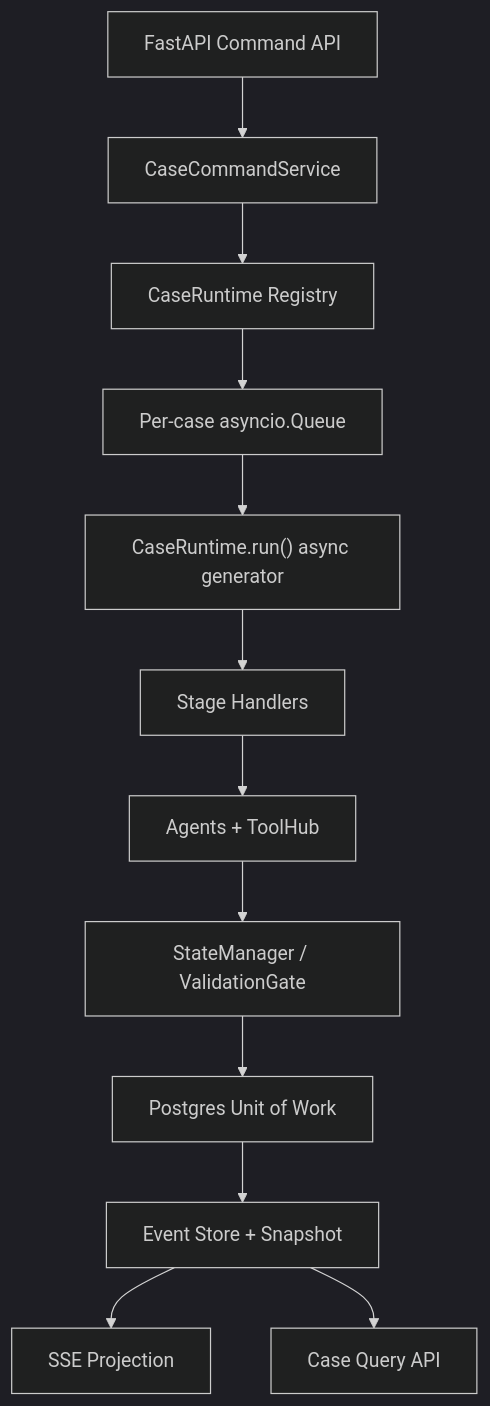
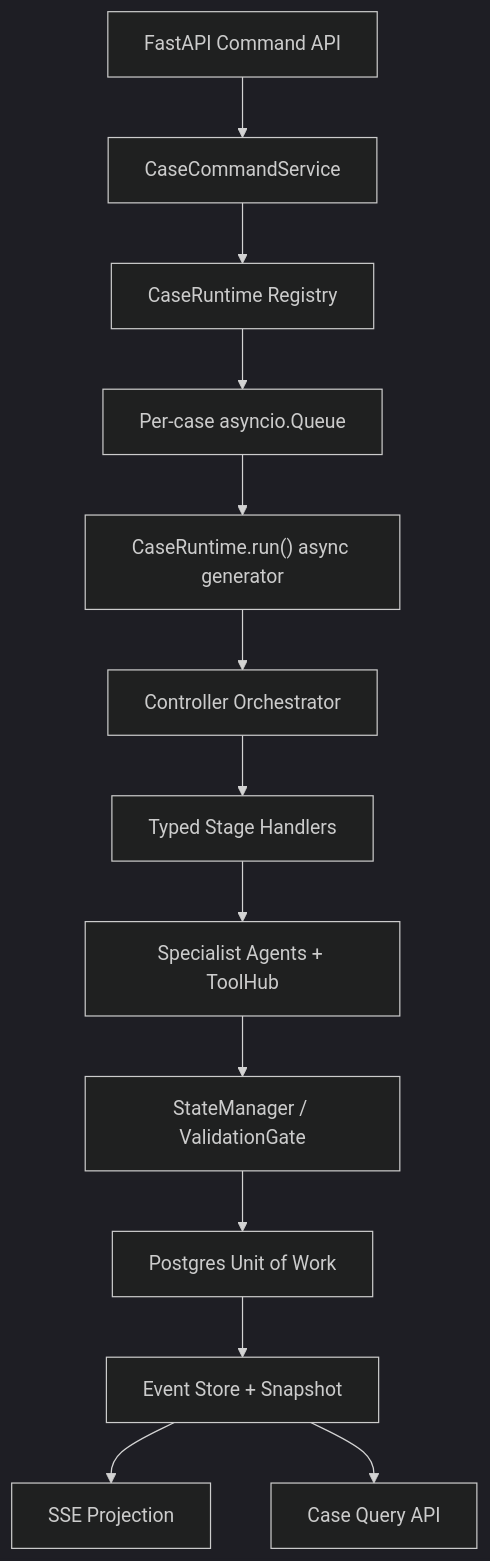
Before and after one commit to RaHakubun/Labour--LawSuit-Cowork: the diagram in ASYNC_CASE_RUNTIME_SPEC.md, drawn with Mermaid (dark theme). The commit also changed other lines of this file and 23 other files, not shown here.

Commit message:
feat(orchestration): route specialist work through controller

````diff
--- a/ASYNC_CASE_RUNTIME_SPEC.md
+++ b/ASYNC_CASE_RUNTIME_SPEC.md
@@ -50,14 +50,15 @@
 ```mermaid
 flowchart TD
     API["FastAPI Command API"] --> CS["CaseCommandService"]
     CS --> RT["CaseRuntime Registry"]
     RT --> Q["Per-case asyncio.Queue"]
     Q --> GEN["CaseRuntime.run() async generator"]
-    GEN --> H["Stage Handlers"]
-    H --> AG["Agents + ToolHub"]
+    GEN --> CTRL["Controller Orchestrator"]
+    CTRL --> H["Typed Stage Handlers"]
+    H --> AG["Specialist Agents + ToolHub"]
     AG --> SM["StateManager / ValidationGate"]
     SM --> UOW["Postgres Unit of Work"]
     UOW --> ES["Event Store + Snapshot"]
     ES --> SSE["SSE Projection"]
     ES --> READ["Case Query API"]
 ```
````
